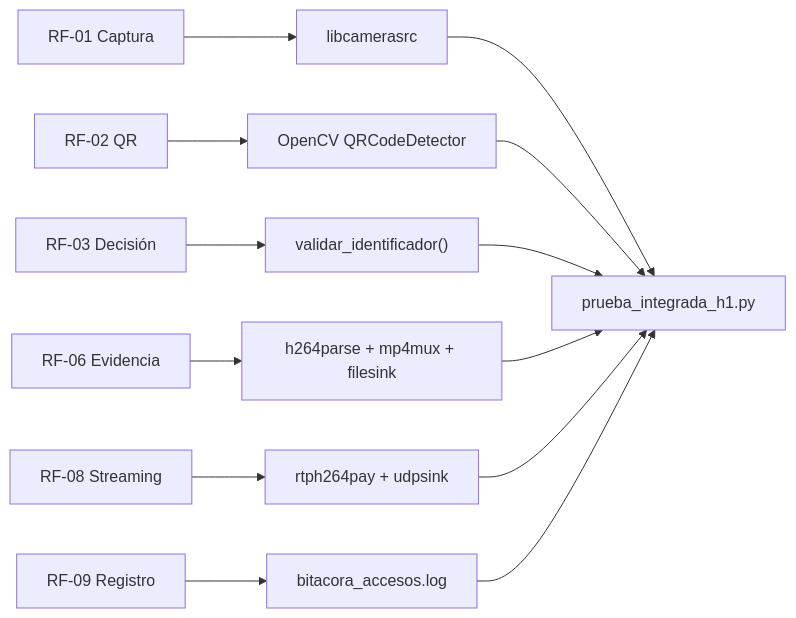
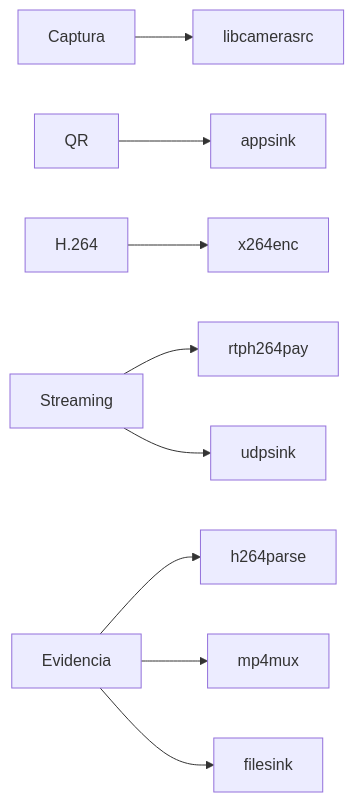
Before and after one commit to VeroC25/Project_1_Embebidos: the third of 7 diagrams in docs/13_trazabilidad_metodologia.md, drawn with Mermaid. The commit also changed other lines of this file, not shown here.

````diff
--- a/docs/13_trazabilidad_metodologia.md
+++ b/docs/13_trazabilidad_metodologia.md
@@ -50,16 +121,11 @@
 ```mermaid
 flowchart LR
-    RF1["RF-01 Captura"] --> CAM["libcamerasrc"]
-    RF2["RF-02 QR"] --> CV["OpenCV QRCodeDetector"]
-    RF3["RF-03 Decisión"] --> VAL["validar_identificador()"]
-    RF6["RF-06 Evidencia"] --> MP4["h264parse + mp4mux + filesink"]
-    RF8["RF-08 Streaming"] --> RTP["rtph264pay + udpsink"]
-    RF9["RF-09 Registro"] --> LOG["bitacora_accesos.log"]
-
-    CAM --> PY["prueba_integrada_h1.py"]
-    CV --> PY
-    VAL --> PY
-    MP4 --> PY
-    RTP --> PY
-    LOG --> PY
+    R1["Captura"] --> CAM["libcamerasrc"]
+    R2["QR"] --> APP["appsink"]
+    R3["H.264"] --> X["x264enc"]
+    R4["Streaming"] --> RTP["rtph264pay"]
+    R4 --> UDP["udpsink"]
+    R5["Evidencia"] --> PARSE["h264parse"]
+    R5 --> MUX["mp4mux"]
+    R5 --> FILE["filesink"]
 ```
````
